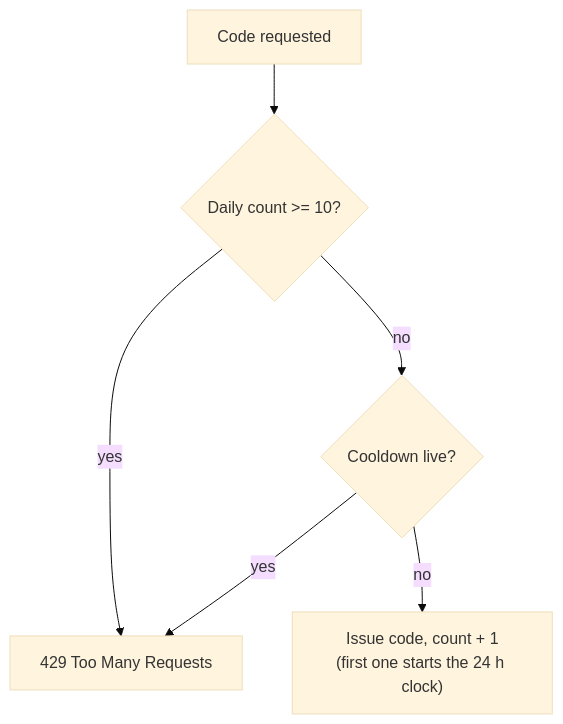
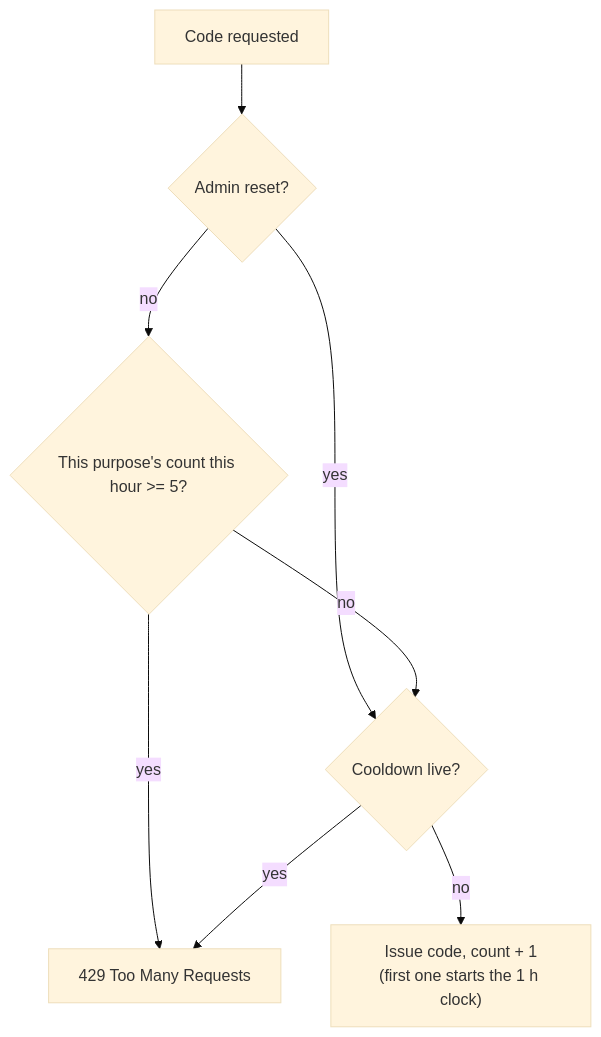
One commit to tareq89/biddaloy changed the seventh of 9 diagrams in docs/architecture/02-auth-and-multitenancy.md. Above: the diagram before and after it, drawn with Mermaid (base theme). The commit also changed other lines of this file and 8 other files, not shown here.

First line of the commit message:
fix(auth): OTP cap per purpose per hour, admin reset not blockable (#2260)

````diff
--- a/docs/architecture/02-auth-and-multitenancy.md
+++ b/docs/architecture/02-auth-and-multitenancy.md
@@ -350,8 +356,10 @@
 ```mermaid
 flowchart TD
-  A[Code requested] --> B{"Daily count >= 10?"}
+  A[Code requested] --> U{"Admin reset?"}
+  U -- yes --> C
+  U -- no --> B{"This purpose's count this hour >= 5?"}
   B -- yes --> X[429 Too Many Requests]
   B -- no --> C{Cooldown live?}
   C -- yes --> X
-  C -- no --> D["Issue code, count + 1<br/>(first one starts the 24 h clock)"]
+  C -- no --> D["Issue code, count + 1<br/>(first one starts the 1 h clock)"]
 ```
````
